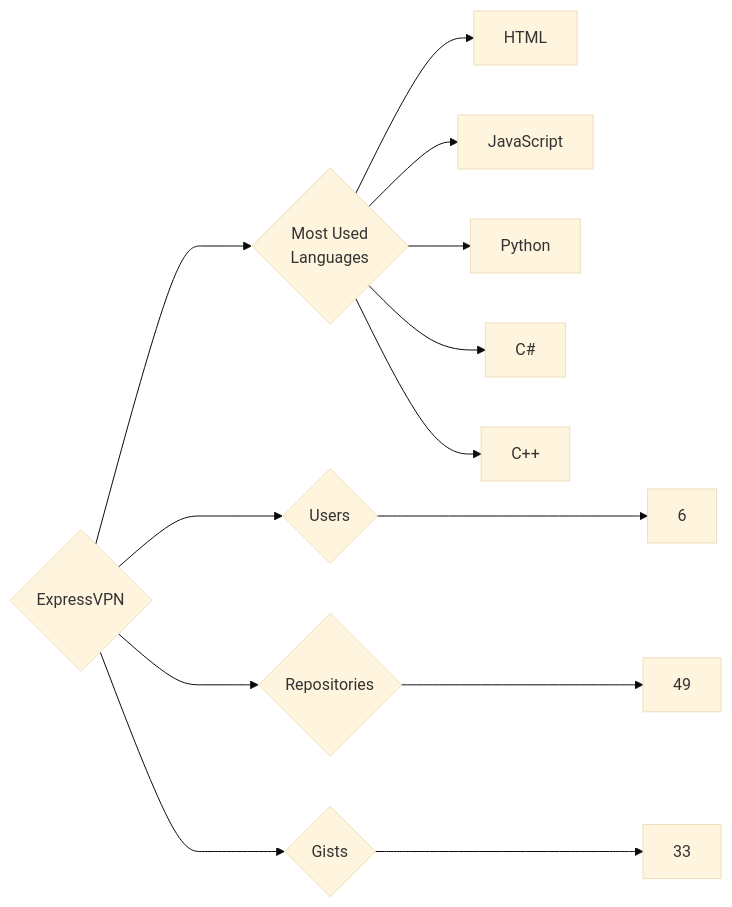
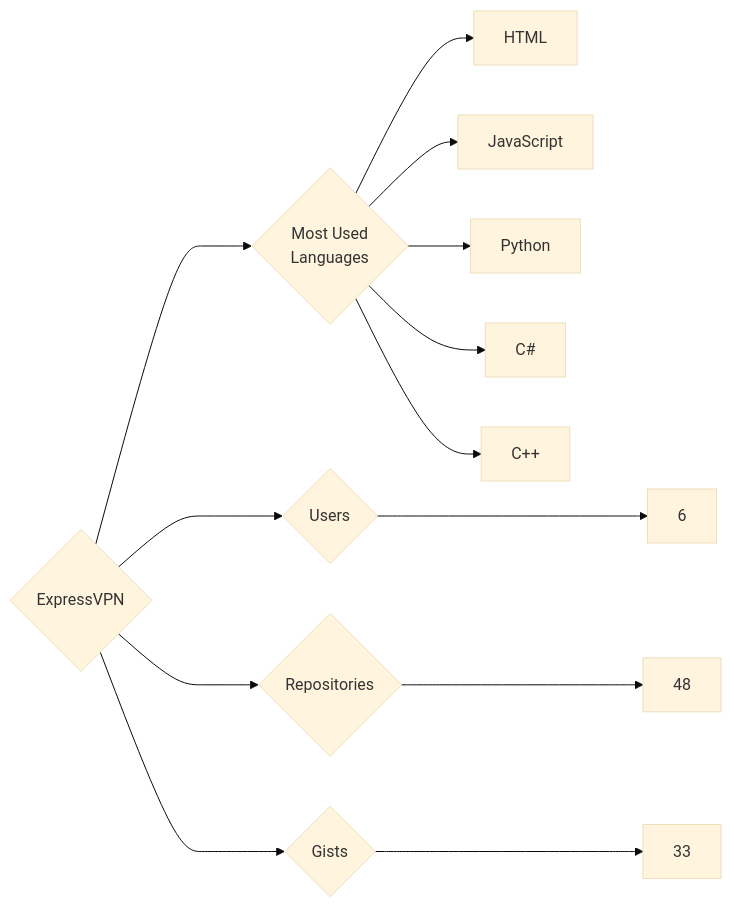
One commit to trickest/insiders changed the diagram in targets/ExpressVPN/README.md. Above: the diagram before and after it, drawn with Mermaid (base theme). The commit also changed 1141 other files, not shown here.

````diff
--- a/targets/ExpressVPN/README.md
+++ b/targets/ExpressVPN/README.md
@@ -3,13 +3,13 @@
 ```mermaid
 graph LR
 COMPANY_NAME{ExpressVPN}
 COMPANY_NAME ---> U{Users} ---> UN[6]
-COMPANY_NAME ---> R{Repositories} ---> RN[49]
+COMPANY_NAME ---> R{Repositories} ---> RN[48]
 COMPANY_NAME ---> G{Gists} ---> GN[33]
 COMPANY_NAME ---> ML{Most Used<br>Languages}
 ML --> HTML[HTML]
 ML --> JavaScript[JavaScript]
 ML --> Python[Python]
 ML --> C#[C#]
 ML --> C++[C++]
 ```
````
